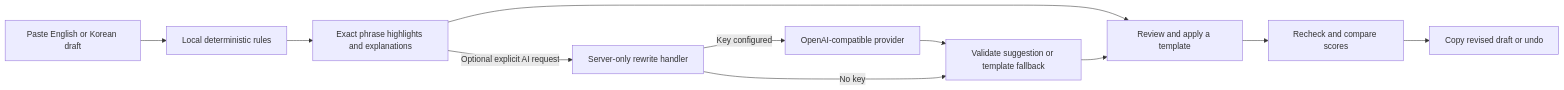
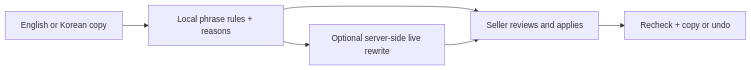
One commit to kks0488/honest-copy changed the diagram in README.md. Above: the diagram before and after it, drawn with Mermaid. The commit also changed other lines of this file and 10 other files, not shown here.

````diff
--- a/README.md
+++ b/README.md
@@ -25,13 +24,8 @@
 ```mermaid
 flowchart LR
-    A[Paste English or Korean draft] --> B[Local deterministic rules]
-    B --> C[Exact phrase highlights and explanations]
-    C --> D[Review and apply a template]
-    D --> E[Recheck and compare scores]
-    E --> F[Copy revised draft or undo]
-    C -->|Optional explicit AI request| G[Server-only rewrite handler]
-    G -->|Key configured| H[OpenAI-compatible provider]
-    H --> I[Validate suggestion or template fallback]
-    G -->|No key| I
-    I --> D
+  Draft[English or Korean copy] --> Rules[Local phrase rules + reasons]
+  Rules --> AI[Optional server-side live rewrite]
+  Rules --> Review[Seller reviews and applies]
+  AI --> Review
+  Review --> Recheck[Recheck + copy or undo]
 ```
````
